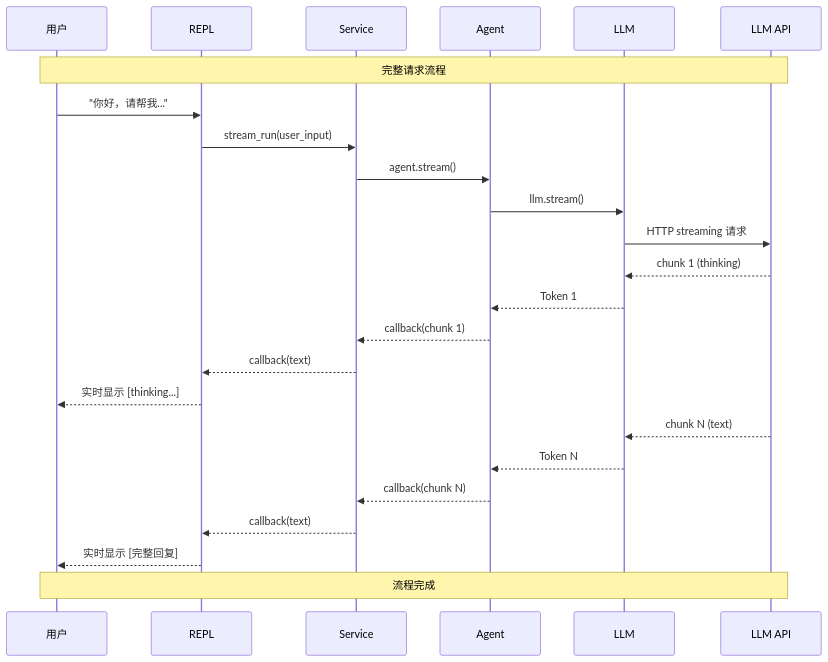
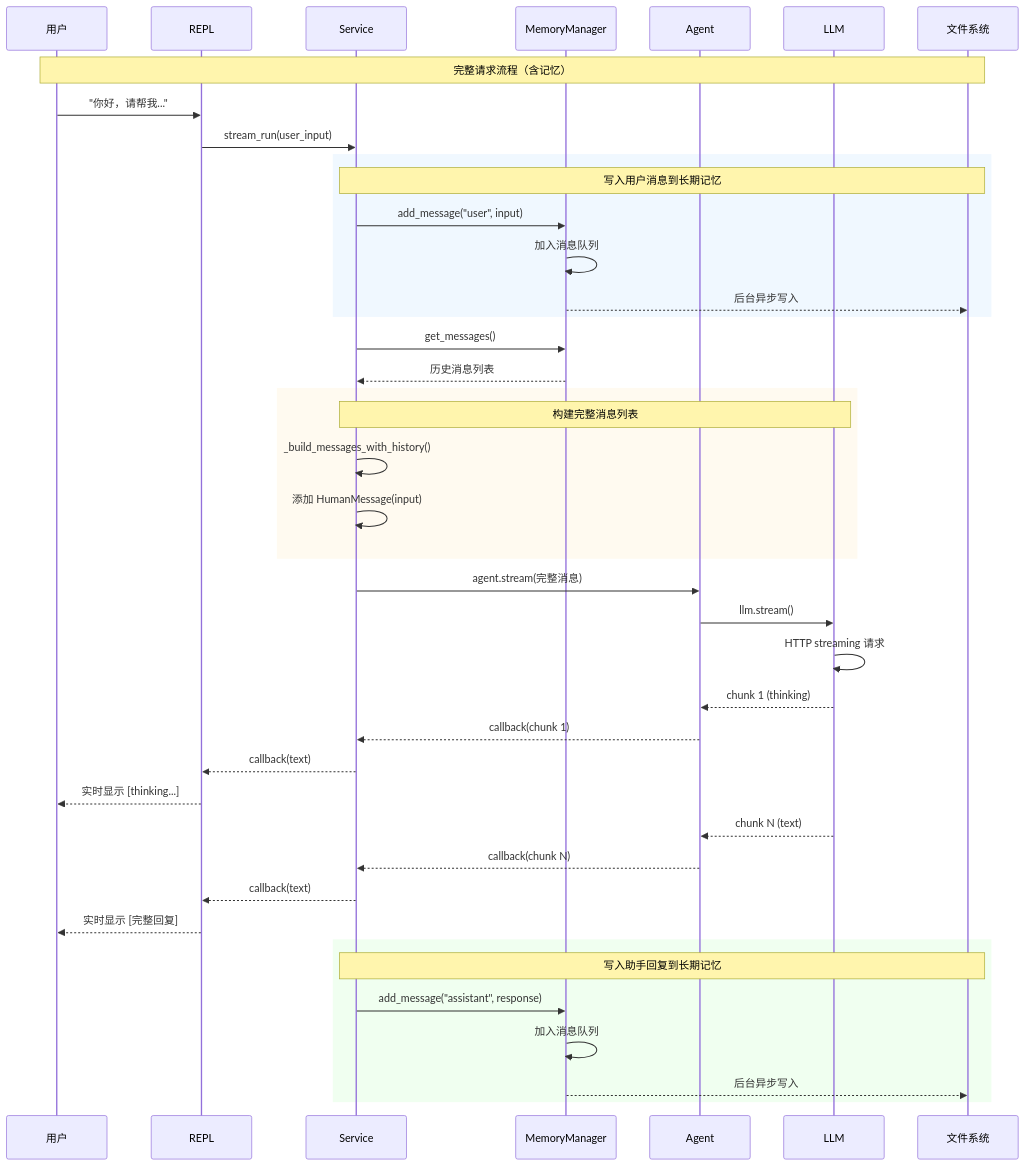
Before and after one commit to leizhuang1332/minerbot: the ninth of 14 diagrams in docs/architecture.md, drawn with Mermaid. The commit also changed other lines of this file and 4 other files, not shown here.

````diff
--- a/docs/architecture.md
+++ b/docs/architecture.md
@@ -313,31 +422,52 @@
 ```mermaid
 sequenceDiagram
     participant User as 用户
     participant REPL as REPL
     participant Service as Service
+    participant Memory as MemoryManager
     participant Agent as Agent
     participant LLM as LLM
-    participant API as LLM API
+    participant File as 文件系统
 
-    Note over User,API: 完整请求流程
+    Note over User,File: 完整请求流程（含记忆）
 
     User->>REPL: "你好，请帮我..."
     REPL->>Service: stream_run(user_input)
-    Service->>Agent: agent.stream()
+    
+    rect rgb(240, 248, 255)
+        Note over Service,File: 写入用户消息到长期记忆
+        Service->>Memory: add_message("user", input)
+        Memory->>Memory: 加入消息队列
+        Memory-->>File: 后台异步写入
+    end
+    
+    Service->>Memory: get_messages()
+    Memory-->>Service: 历史消息列表
+    
+    rect rgb(255, 250, 240)
+        Note over Service,LLM: 构建完整消息列表
+        Service->>Service: _build_messages_with_history()
+        Service->>Service: 添加 HumanMessage(input)
+    end
+    
+    Service->>Agent: agent.stream(完整消息)
     Agent->>LLM: llm.stream()
-    LLM->>API: HTTP streaming 请求
+    LLM->>LLM: HTTP streaming 请求
     
-    API-->>LLM: chunk 1 (thinking)
-    LLM-->>Agent: Token 1
+    LLM-->>Agent: chunk 1 (thinking)
     Agent-->>Service: callback(chunk 1)
     Service-->>REPL: callback(text)
     REPL-->>User: 实时显示 [thinking...]
     
-    API-->>LLM: chunk N (text)
-    LLM-->>Agent: Token N
+    LLM-->>Agent: chunk N (text)
     Agent-->>Service: callback(chunk N)
     Service-->>REPL: callback(text)
     REPL-->>User: 实时显示 [完整回复]
     
-    Note over User,API: 流程完成
+    rect rgb(240, 255, 240)
+        Note over Service,File: 写入助手回复到长期记忆
+        Service->>Memory: add_message("assistant", response)
+        Memory->>Memory: 加入消息队列
+        Memory-->>File: 后台异步写入
+    end
 ```
````
